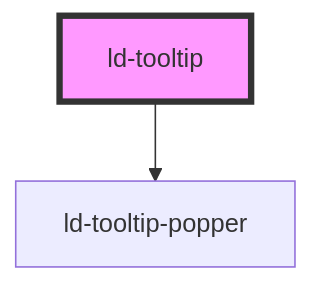
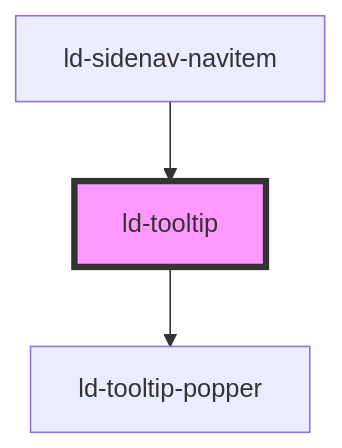
One commit to emdgroup-liquid/liquid changed the diagram in src/liquid/components/ld-tooltip/readme.md. Above: the diagram before and after it, drawn with Mermaid. The commit also changed other lines of this file and 13 other files, not shown here.

````diff
--- a/src/liquid/components/ld-tooltip/readme.md
+++ b/src/liquid/components/ld-tooltip/readme.md
@@ -255,5 +282,6 @@
 ```mermaid
 graph TD;
   ld-tooltip --> ld-tooltip-popper
+  ld-sidenav-navitem --> ld-tooltip
   style ld-tooltip fill:#f9f,stroke:#333,stroke-width:4px
 ```
````
